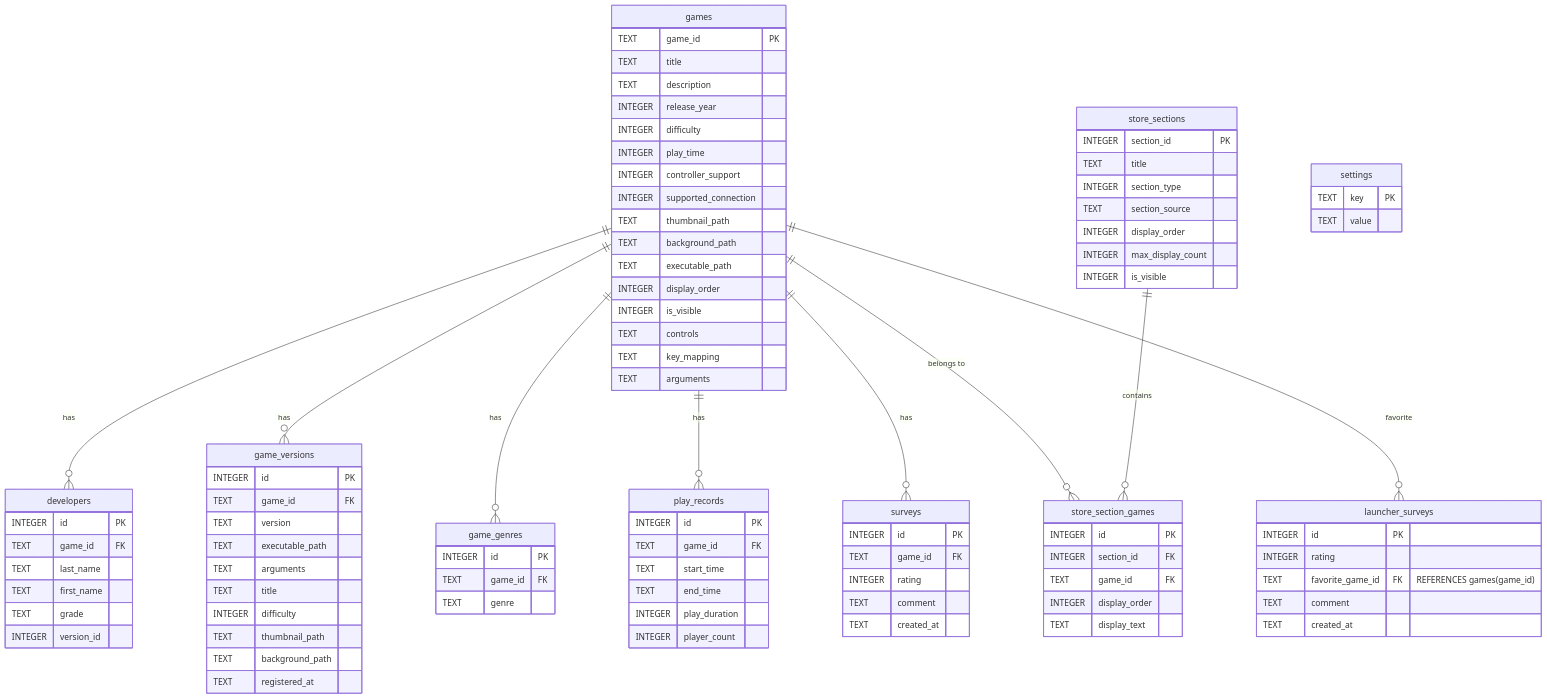
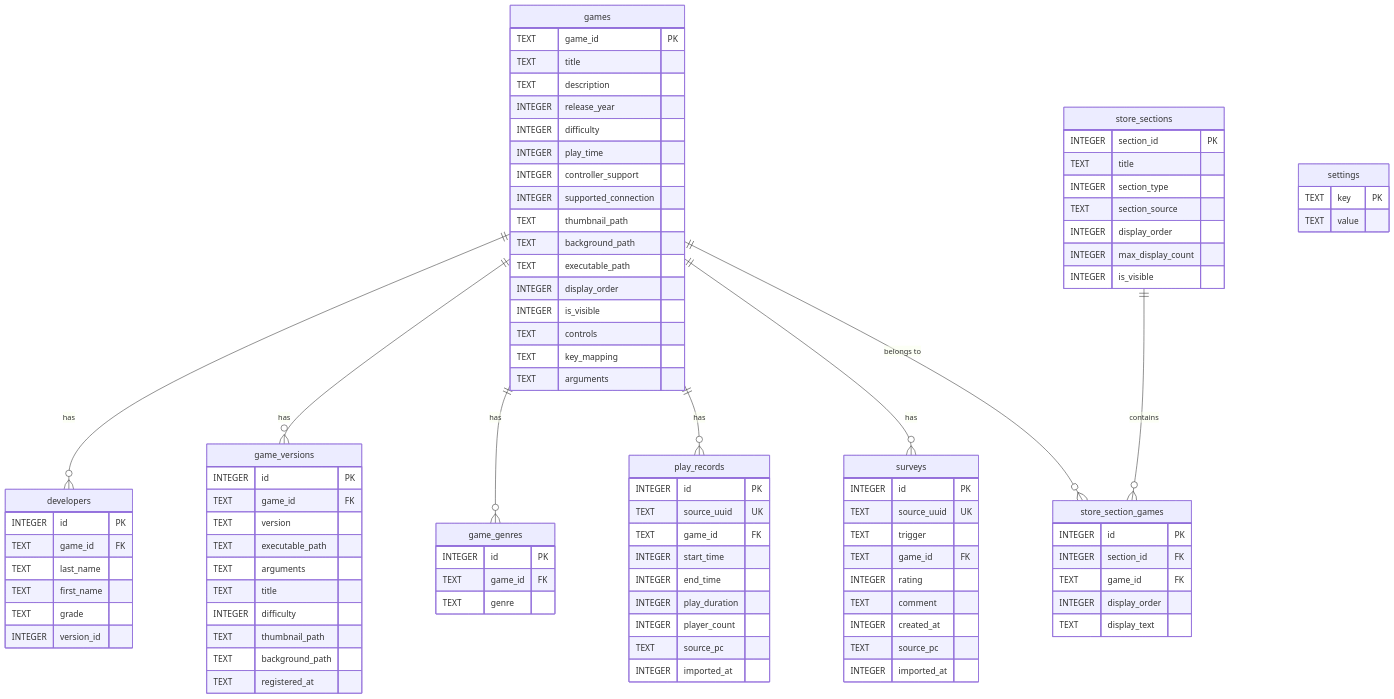
The second of 2 diagrams in SPECIFICATION.md (ken1208git/TonePrism), drawn with Mermaid before and after one commit. The commit also changed other lines of this file and 5 other files, not shown here.

````diff
--- a/SPECIFICATION.md
+++ b/SPECIFICATION.md
@@ -1743,7 +1819,6 @@
     games ||--o{ play_records : "has"
     games ||--o{ surveys : "has"
     games ||--o{ store_section_games : "belongs to"
-    games ||--o{ launcher_surveys : "favorite"
     store_sections ||--o{ store_section_games : "contains"
     games {
         TEXT game_id PK
@@ -1790,18 +1865,25 @@
     }
     play_records {
         INTEGER id PK
+        TEXT source_uuid UK
         TEXT game_id FK
-        TEXT start_time
-        TEXT end_time
+        INTEGER start_time
+        INTEGER end_time
         INTEGER play_duration
         INTEGER player_count
+        TEXT source_pc
+        INTEGER imported_at
     }
     surveys {
         INTEGER id PK
+        TEXT source_uuid UK
+        TEXT trigger
         TEXT game_id FK
         INTEGER rating
         TEXT comment
-        TEXT created_at
+        INTEGER created_at
+        TEXT source_pc
+        INTEGER imported_at
     }
     settings {
         TEXT key PK
@@ -1823,11 +1905,5 @@
         INTEGER display_order
         TEXT display_text
     }
-    launcher_surveys {
-        INTEGER id PK
-        INTEGER rating
-        TEXT favorite_game_id FK "REFERENCES games(game_id)"
-        TEXT comment
-        TEXT created_at
-    }
+    %% launcher_surveys テーブルは #35 実装時に廃止予定（surveys テーブルへ統合）
 ```
````
